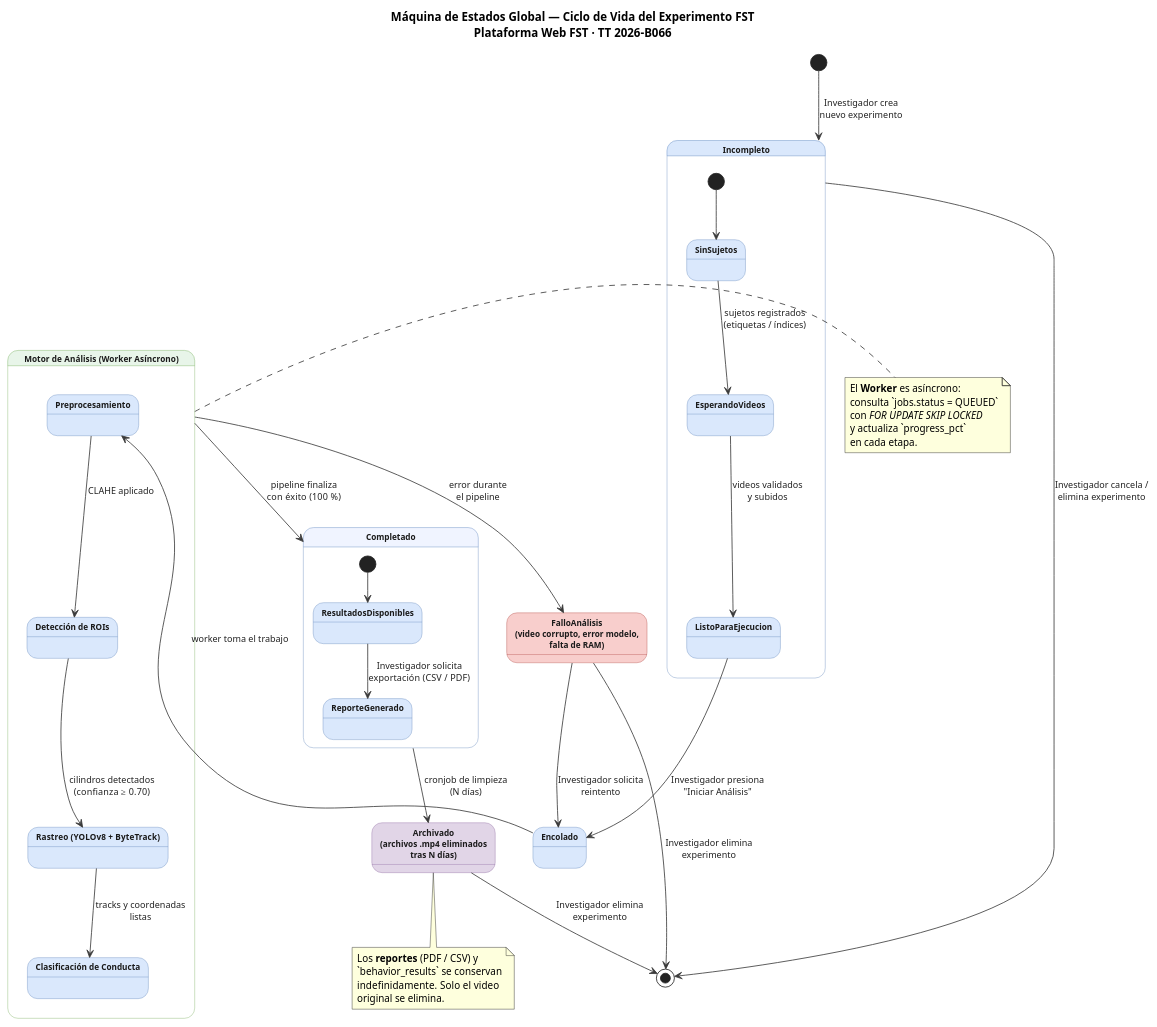
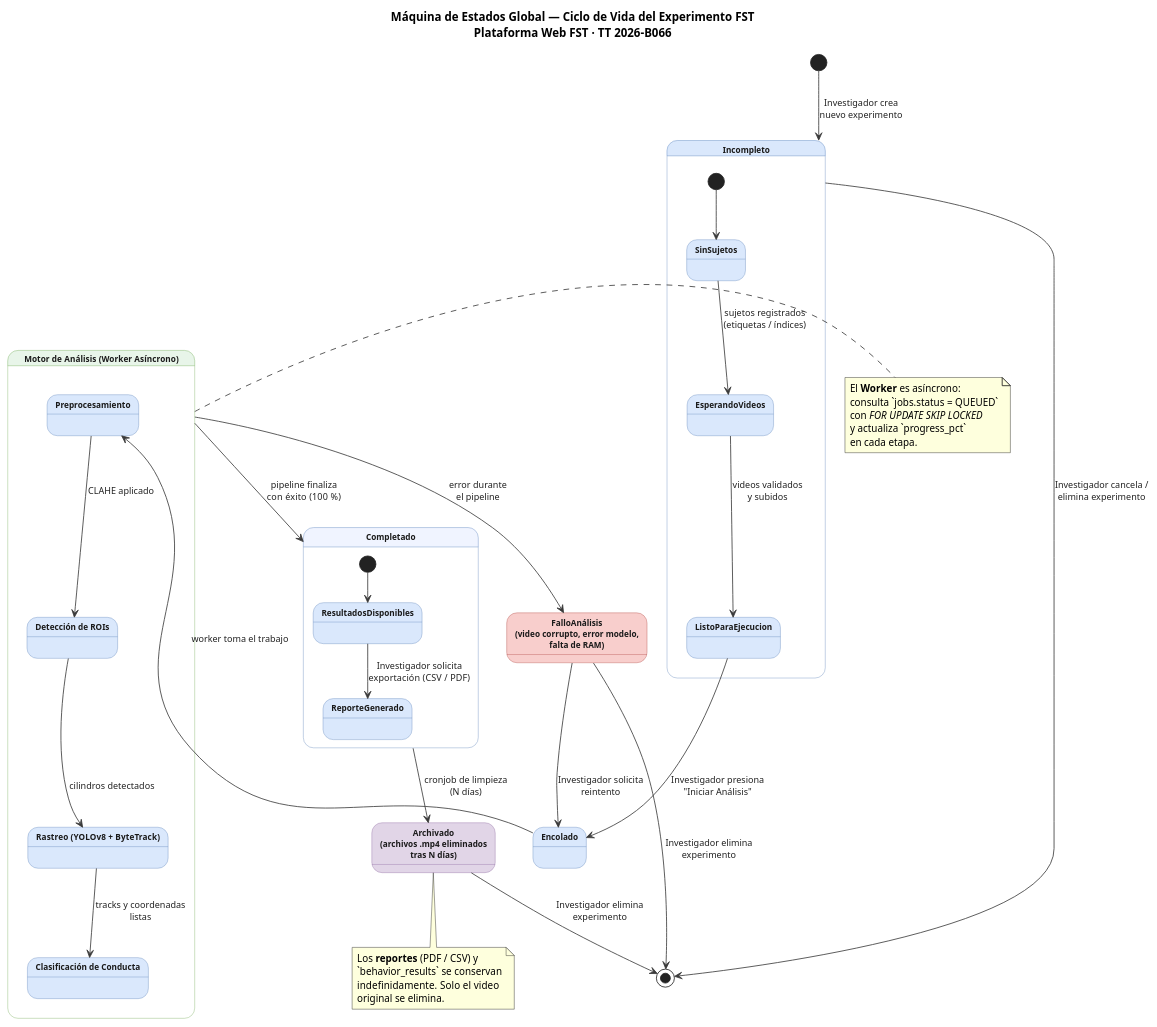
One commit to ErickJester/fst-ai-system-latex changed the diagram in diagramas/ciclo_vida_experimento.puml. Above: the diagram before and after it, drawn with PlantUML. The commit also changed 35 other files, not shown here.

```diff
--- a/diagramas/ciclo_vida_experimento.puml
+++ b/diagramas/ciclo_vida_experimento.puml
@@ -1,103 +1,103 @@
 @startuml "Ciclo-De-Vida-Experimento-FST"
 title Máquina de Estados Global — Ciclo de Vida del Experimento FST\nPlataforma Web FST · TT 2026-B066
 
 ' ========= ESTILO ==========================================================
 skinparam defaultFontName Arial
 skinparam defaultFontSize 12
 skinparam shadowing false
 skinparam ArrowColor #3A3A3A
 skinparam ArrowFontColor #222222
 skinparam ArrowFontSize 11
 
 skinparam state {
   FontSize 12
   FontStyle bold
   AttributeFontSize 10
 
   BackgroundColor #DAE8FC
   BorderColor     #6C8EBF
   FontColor       #1A1A1A
 
   BackgroundColor<<error>>      #F8CECC
   BorderColor<<error>>          #B85450
   FontColor<<error>>            #1A1A1A
 
   BackgroundColor<<archivo>>    #E1D5E7
   BorderColor<<archivo>>        #9673A6
   FontColor<<archivo>>          #1A1A1A
 
   BackgroundColor<<procesamiento>> #E8F5E9
   BorderColor<<procesamiento>>     #82B366
 
   BackgroundColor<<completado>>    #F0F4FF
   BorderColor<<completado>>        #6C8EBF
 }
 
 ' ========= ESTADO INICIAL ==================================================
 [*] --> Incompleto : Investigador crea\nnuevo experimento
 
 ' ========= COMPOSITE: INCOMPLETO ===========================================
 state Incompleto {
   [*] --> SinSujetos
   SinSujetos       --> EsperandoVideos      : sujetos registrados\n(etiquetas / índices)
   EsperandoVideos  --> ListoParaEjecucion   : videos validados\ny subidos
 }
 
 ' ========= TRANSICIÓN A MOTOR ==============================================
 ListoParaEjecucion --> Encolado : Investigador presiona\n"Iniciar Análisis"
 
 ' ========= COMPOSITE: MOTOR DE ANÁLISIS ====================================
 state "Motor de Análisis  (Worker Asíncrono)" as Procesamiento <<procesamiento>> {
   state Encolado
   state "Preprocesamiento"              as Preproc
   state "Detección de ROIs"             as ROIs
   state "Rastreo  (YOLOv8 + ByteTrack)" as Tracking
   state "Clasificación de Conducta"     as Clasificacion
 
   Encolado      --> Preproc       : worker toma el trabajo
   Preproc       --> ROIs          : CLAHE aplicado
-  ROIs          --> Tracking      : cilindros detectados\n(confianza ≥ 0.70)
+  ROIs          --> Tracking      : cilindros detectados
   Tracking      --> Clasificacion : tracks y coordenadas\nlistas
 }
 
 ' ========= FALLO Y REINTENTO ===============================================
 state "FalloAnálisis\n(video corrupto, error modelo,\nfalta de RAM)" as FalloAnalisis <<error>>
 
 Procesamiento --> FalloAnalisis : error durante\nel pipeline
 FalloAnalisis --> Encolado      : Investigador solicita\nreintento
 
 ' ========= COMPOSITE: COMPLETADO ===========================================
 Procesamiento --> Completado : pipeline finaliza\ncon éxito  (100 %)
 
 state Completado <<completado>> {
   [*] --> ResultadosDisponibles
   ResultadosDisponibles --> ReporteGenerado : Investigador solicita\nexportación  (CSV / PDF)
 }
 
 ' ========= ARCHIVADO =======================================================
 state "Archivado\n(archivos .mp4 eliminados\ntras N días)" as Archivado <<archivo>>
 
 Completado --> Archivado : cronjob de limpieza\n(N días)
 
 ' ========= FINAL ===========================================================
 Archivado     --> [*] : Investigador elimina\nexperimento
 FalloAnalisis --> [*] : Investigador elimina\nexperimento
 Incompleto    --> [*] : Investigador cancela /\nelimina experimento
 
 ' ========= NOTAS ===========================================================
 note right of Procesamiento
   El **Worker** es asíncrono:
   consulta `jobs.status = QUEUED`
   con //FOR UPDATE SKIP LOCKED//
   y actualiza `progress_pct`
   en cada etapa.
 end note
 
 note bottom of Archivado
   Los **reportes** (PDF / CSV) y
   `behavior_results` se conservan
   indefinidamente.  Solo el video
   original se elimina.
 end note
 
 @enduml
```
